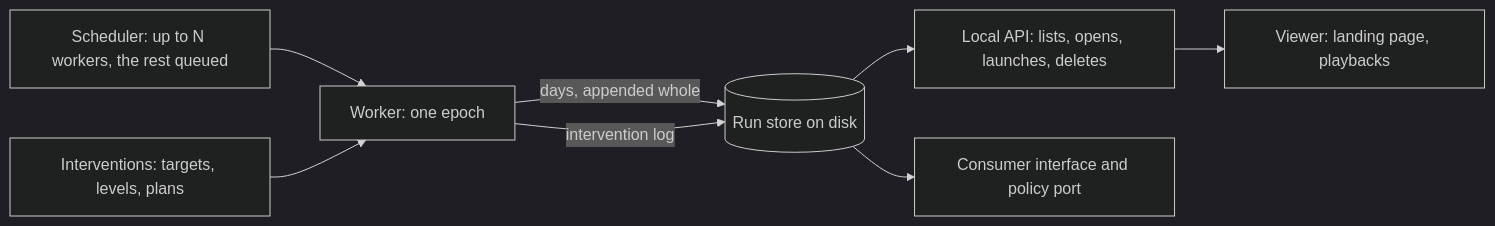
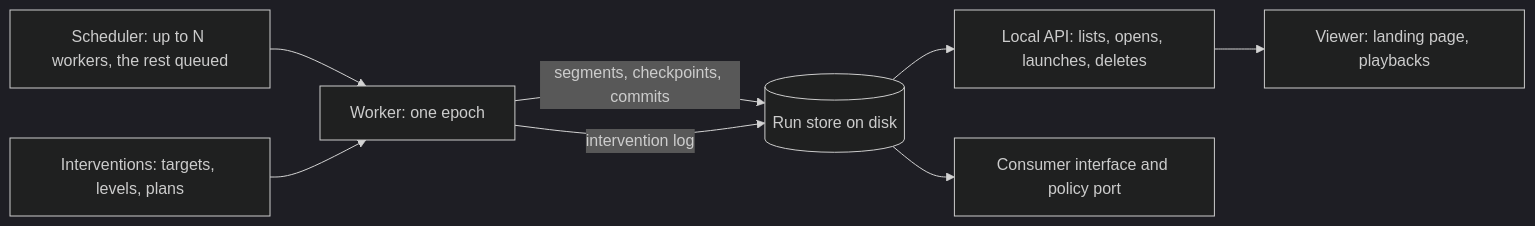
One commit to AndreyBesedin/greenhouse-open changed the diagram in docs/roadmap/p17-runs-and-playbacks.md. Above: the diagram before and after it, drawn with Mermaid (dark theme). The commit also changed other lines of this file and 5 other files, not shown here.

````diff
--- a/docs/roadmap/p17-runs-and-playbacks.md
+++ b/docs/roadmap/p17-runs-and-playbacks.md
@@ -63,10 +77,10 @@
 ```mermaid
 flowchart LR
     S["Scheduler: up to N workers, the rest queued"] --> W["Worker: one epoch"]
-    W -- "days, appended whole" --> St[("Run store on disk")]
+    W -- "segments, checkpoints, commits" --> St[("Run store on disk")]
     St --> A["Local API: lists, opens, launches, deletes"]
     St --> C["Consumer interface and policy port"]
     A --> V["Viewer: landing page, playbacks"]
     I["Interventions: targets, levels, plans"] --> W
     W -- "intervention log" --> St
 ```
````
